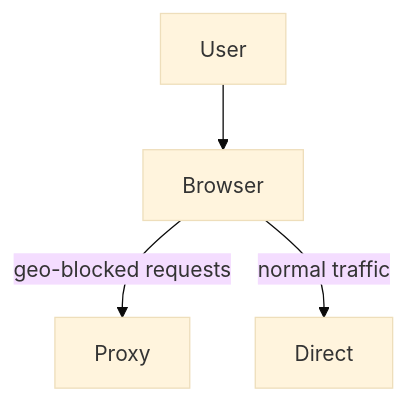
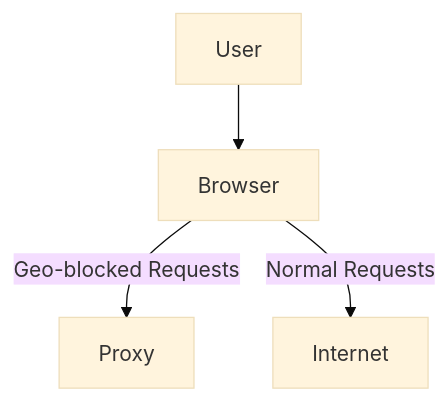
Before and after one commit to MeGaNeKoS/GeoBypasser: the first of 2 diagrams in README.md, drawn with Mermaid (base theme).

Commit message:
fix(readme): correct syntax in mermaid diagram
Updated the mermaid diagram syntax for better readability and accuracy. Adjusted the labels for clarity, ensuring they accurately represent the flow of requests through the system.

````diff
--- a/README.md
+++ b/README.md
@@ -5,6 +5,6 @@
 ```mermaid
 graph TD
-    User-->Browser
-    Browser--"geo-blocked requests"-->Proxy
-    Browser--normal traffic-->Direct
+    User --> Browser
+    Browser -- "Geo-blocked Requests" --> Proxy
+    Browser -- Normal Requests --> Internet
 ```
````
